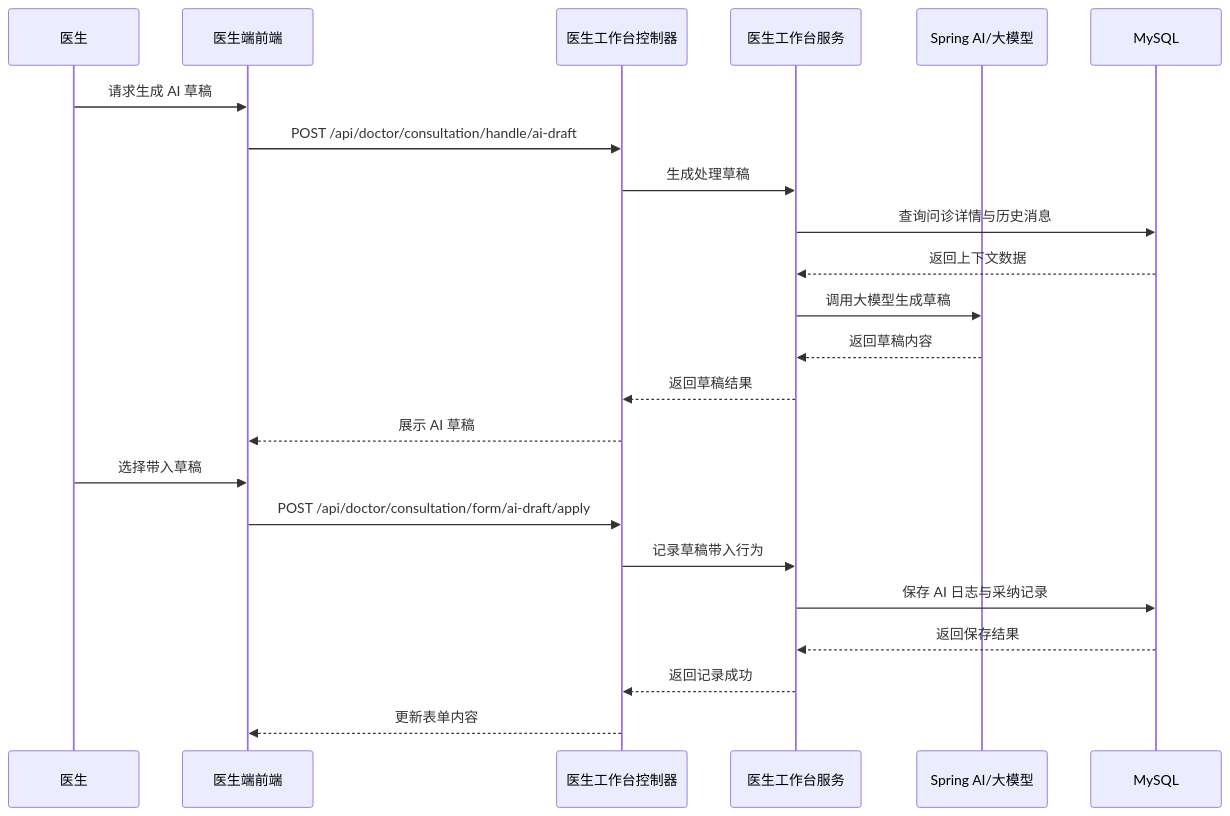
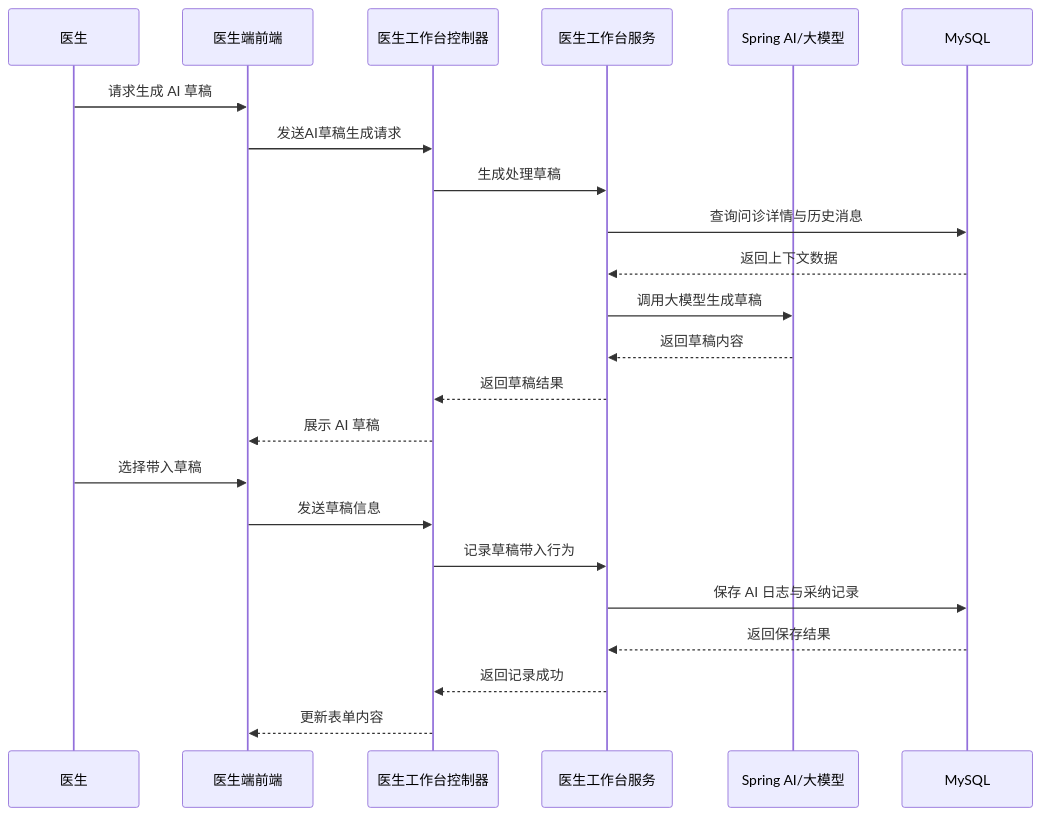
Diagram 11 of 15 in 毕设.md (1312255201/IntelligentConsultation), drawn with Mermaid before and after one commit. The commit also changed other lines of this file and 5 other files, not shown here.

````diff
--- a/毕设.md
+++ b/毕设.md
@@ -642,26 +642,26 @@
 ```mermaid
 sequenceDiagram
     participant Doc as 医生
     participant F as 医生端前端
     participant W as 医生工作台控制器
     participant S as 医生工作台服务
     participant AI as Spring AI/大模型
     participant D as MySQL
 
     Doc->>F: 请求生成 AI 草稿
-    F->>W: POST /api/doctor/consultation/handle/ai-draft
+    F->>W: 发送AI草稿生成请求
     W->>S: 生成处理草稿
     S->>D: 查询问诊详情与历史消息
     D-->>S: 返回上下文数据
     S->>AI: 调用大模型生成草稿
     AI-->>S: 返回草稿内容
     S-->>W: 返回草稿结果
     W-->>F: 展示 AI 草稿
     Doc->>F: 选择带入草稿
-    F->>W: POST /api/doctor/consultation/form/ai-draft/apply
+    F->>W: 发送草稿信息
     W->>S: 记录草稿带入行为
     S->>D: 保存 AI 日志与采纳记录
     D-->>S: 返回保存结果
     S-->>W: 返回记录成功
     W-->>F: 更新表单内容
 ```
````
